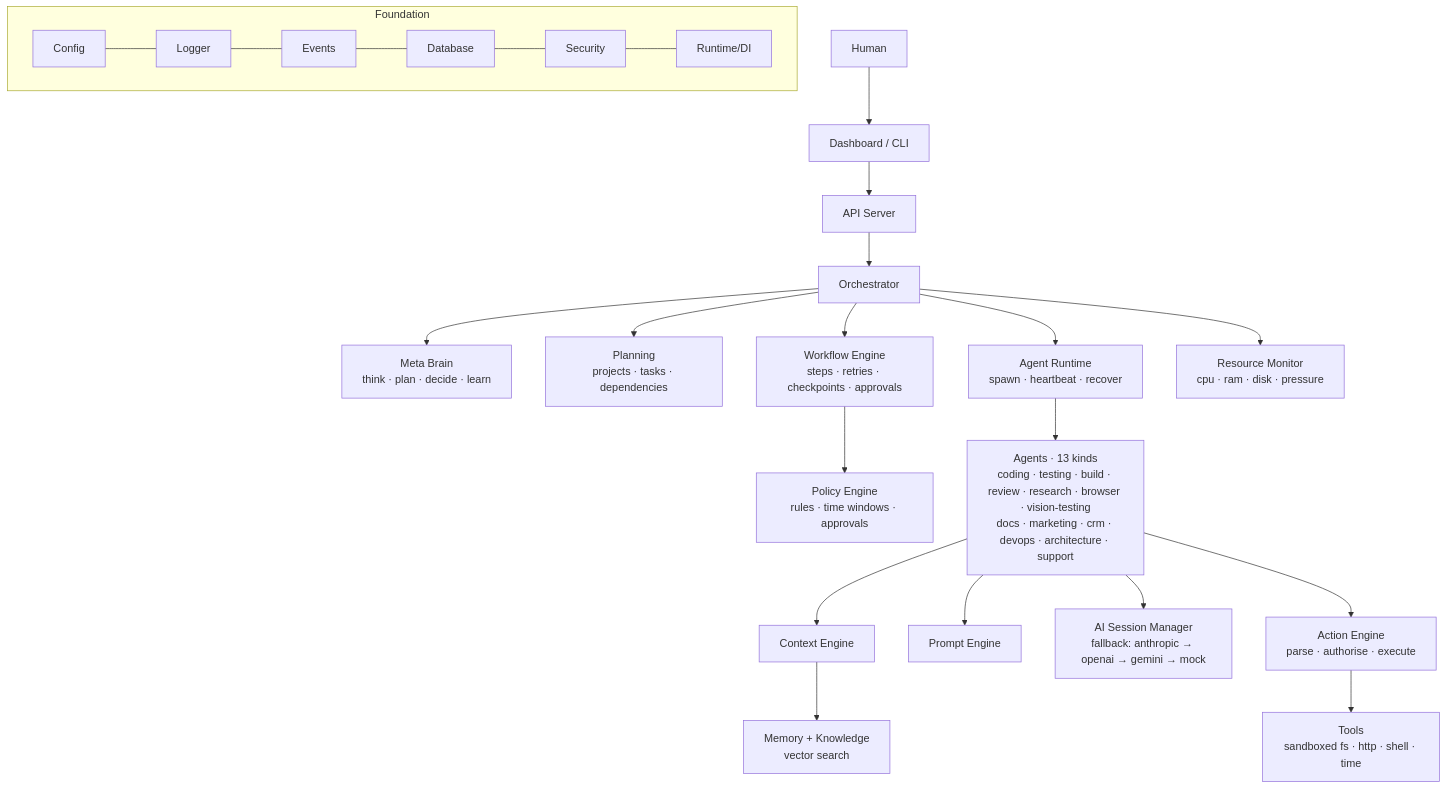
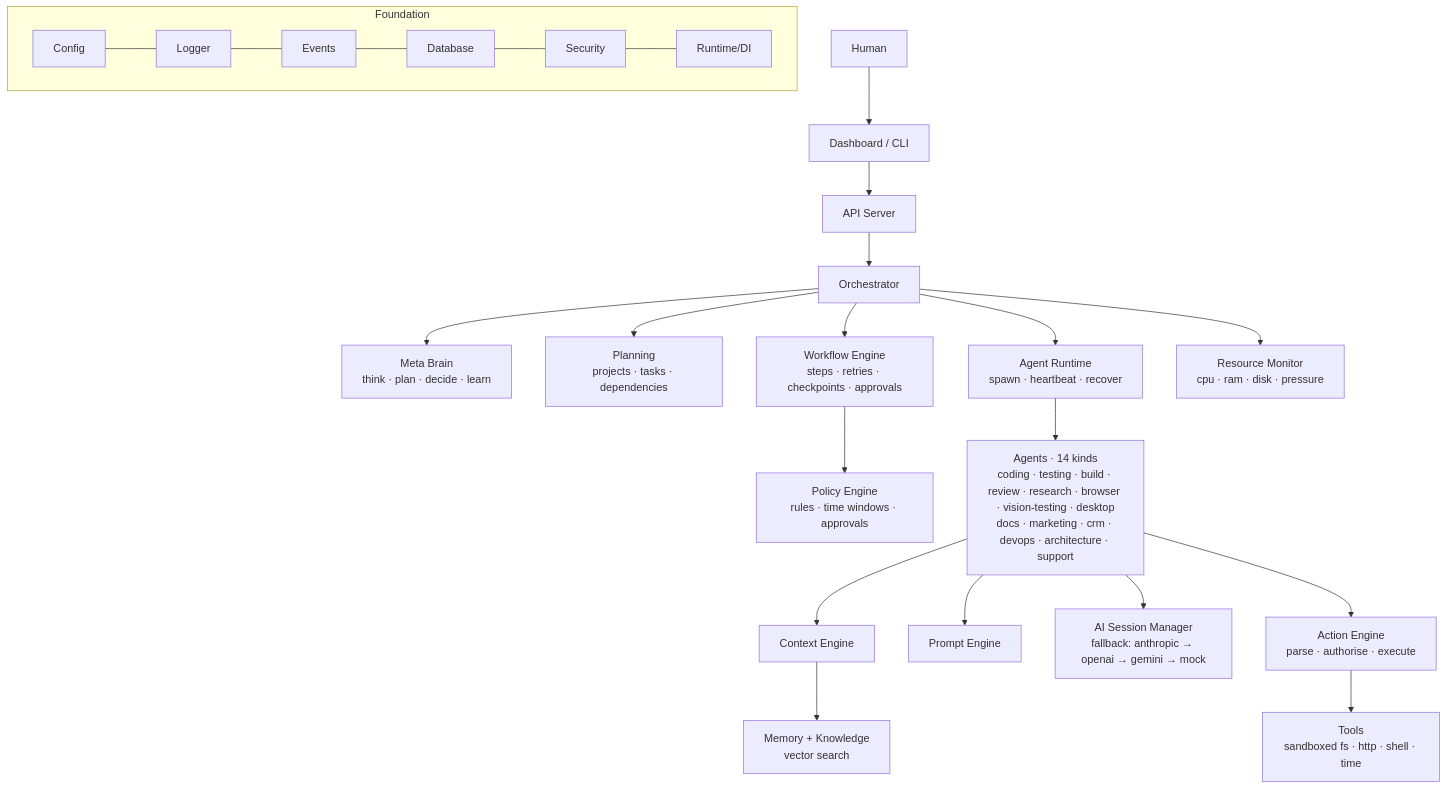
One commit to hussaintmg/MegaAI changed the diagram in README.md. Above: the diagram before and after it, drawn with Mermaid. The commit also changed other lines of this file and 14 other files, not shown here.

````diff
--- a/README.md
+++ b/README.md
@@ -45,22 +45,22 @@
 ```mermaid
 flowchart TB
     H[Human] --> D[Dashboard / CLI]
     D --> API[API Server]
     API --> ORC[Orchestrator]
     ORC --> MB[Meta Brain<br/>think · plan · decide · learn]
     ORC --> PLN[Planning<br/>projects · tasks · dependencies]
     ORC --> WF[Workflow Engine<br/>steps · retries · checkpoints · approvals]
     WF --> POL[Policy Engine<br/>rules · time windows · approvals]
     ORC --> AR[Agent Runtime<br/>spawn · heartbeat · recover]
-    AR --> AG[Agents · 13 kinds<br/>coding · testing · build · review · research · browser · vision-testing<br/>docs · marketing · crm · devops · architecture · support]
+    AR --> AG[Agents · 14 kinds<br/>coding · testing · build · review · research · browser · vision-testing · desktop<br/>docs · marketing · crm · devops · architecture · support]
     AG --> CTX[Context Engine] --> MEM[Memory + Knowledge<br/>vector search]
     AG --> PR[Prompt Engine]
     AG --> AI[AI Session Manager<br/>fallback: anthropic → openai → gemini → mock]
     AG --> ACT[Action Engine<br/>parse · authorise · execute]
     ACT --> TL[Tools<br/>sandboxed fs · http · shell · time]
     ORC --> RES[Resource Monitor<br/>cpu · ram · disk · pressure]
     subgraph Foundation
       direction LR
       CFG[Config] --- LOG[Logger] --- EVT[Events] --- DB[Database] --- SEC[Security] --- RT[Runtime/DI]
     end
 ```
````
